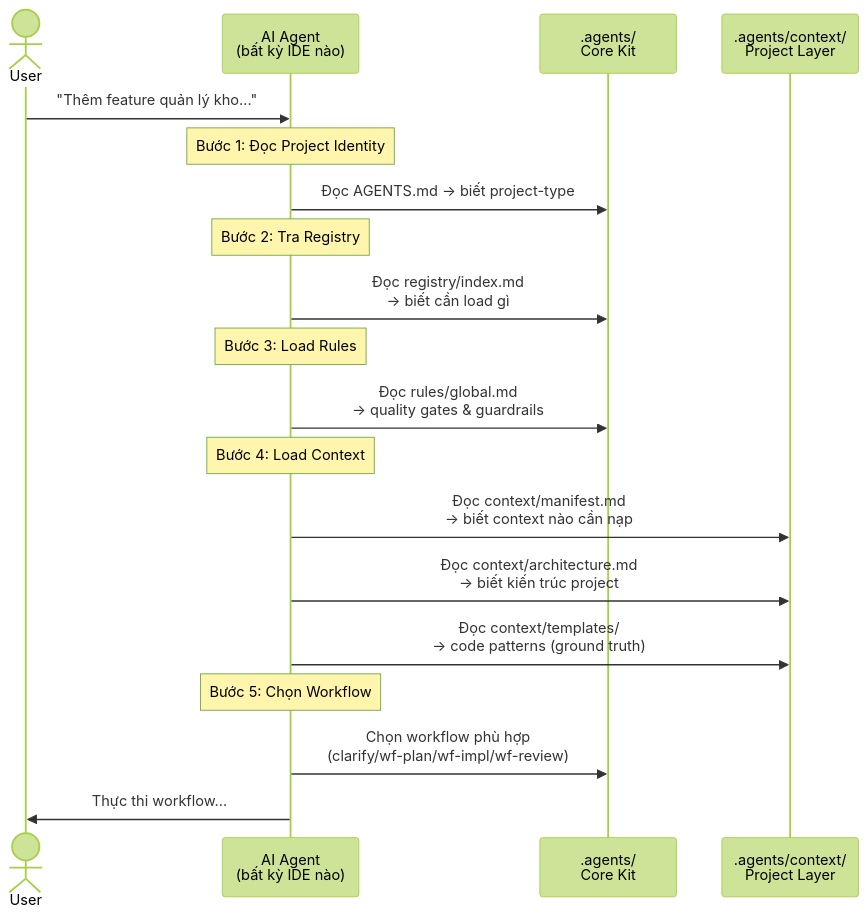
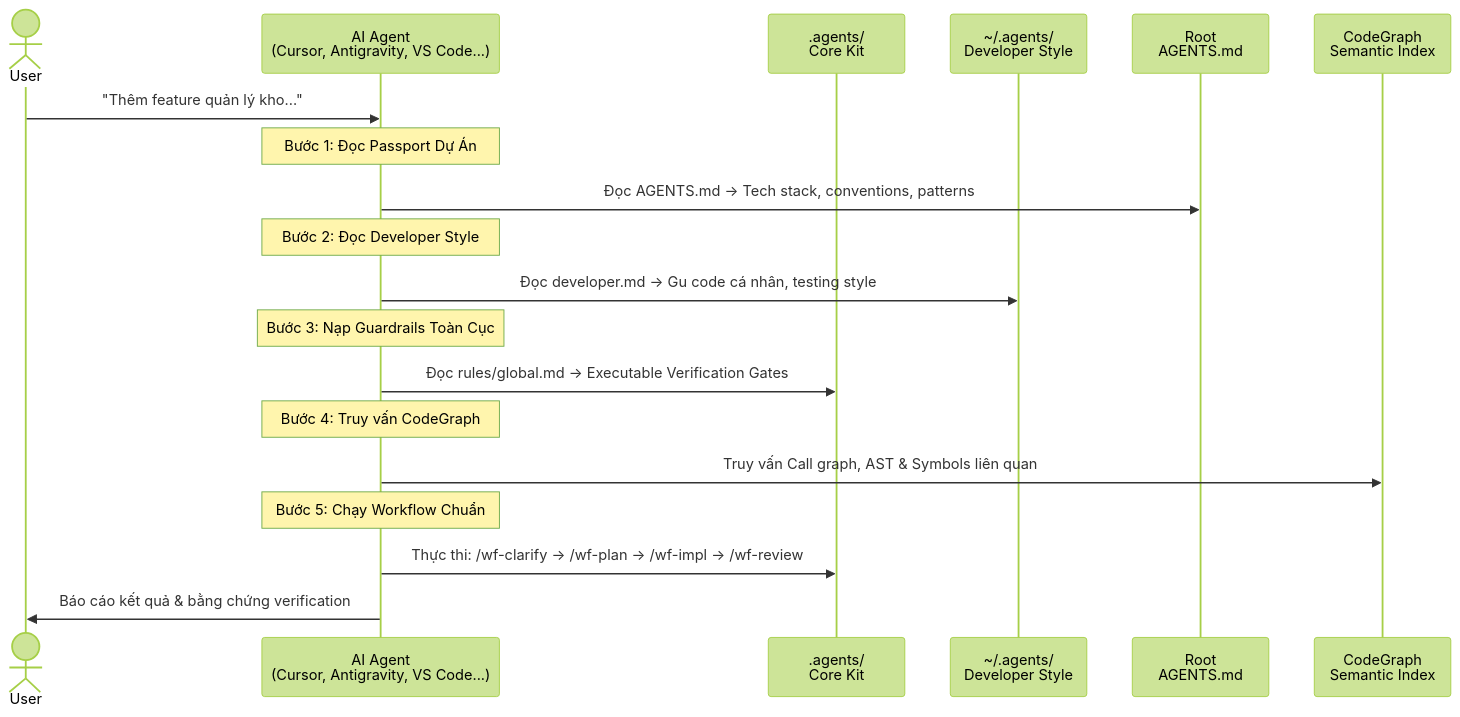
Before and after one commit to Sonleeee/Agent-Dev-Kit: the second of 4 diagrams in HowItWorks.md, drawn with Mermaid (forest theme). The commit also changed other lines of this file and 8 other files, not shown here.

````diff
--- a/HowItWorks.md
+++ b/HowItWorks.md
@@ -42,28 +45,28 @@
 ```mermaid
 sequenceDiagram
     actor User
-    participant Agent as AI Agent<br/>(bất kỳ IDE nào)
+    participant Agent as AI Agent<br/>(Cursor, Antigravity, VS Code...)
     participant Kit as .agents/<br/>Core Kit
-    participant Ctx as .agents/context/<br/>Project Layer
+    participant Dev as ~/.agents/<br/>Developer Style
+    participant Proj as Root<br/>AGENTS.md
+    participant CG as CodeGraph<br/>Semantic Index
 
     User->>Agent: "Thêm feature quản lý kho..."
   
-    Note over Agent: Bước 1: Đọc Project Identity
-    Agent->>Kit: Đọc AGENTS.md → biết project-type
+    Note over Agent: Bước 1: Đọc Passport Dự Án
+    Agent->>Proj: Đọc AGENTS.md → Tech stack, conventions, patterns
   
-    Note over Agent: Bước 2: Tra Registry
-    Agent->>Kit: Đọc registry/index.md<br/>→ biết cần load gì
+    Note over Agent: Bước 2: Đọc Developer Style
+    Agent->>Dev: Đọc developer.md → Gu code cá nhân, testing style
   
-    Note over Agent: Bước 3: Load Rules
-    Agent->>Kit: Đọc rules/global.md<br/>→ quality gates & guardrails
+    Note over Agent: Bước 3: Nạp Guardrails Toàn Cục
+    Agent->>Kit: Đọc rules/global.md → Executable Verification Gates
   
-    Note over Agent: Bước 4: Load Context
-    Agent->>Ctx: Đọc context/manifest.md<br/>→ biết context nào cần nạp
-    Agent->>Ctx: Đọc context/architecture.md<br/>→ biết kiến trúc project
-    Agent->>Ctx: Đọc context/templates/<br/>→ code patterns (ground truth)
+    Note over Agent: Bước 4: Truy vấn CodeGraph
+    Agent->>CG: Truy vấn Call graph, AST & Symbols liên quan
   
-    Note over Agent: Bước 5: Chọn Workflow
-    Agent->>Kit: Chọn workflow phù hợp<br/>(clarify/wf-plan/wf-impl/wf-review)
+    Note over Agent: Bước 5: Chạy Workflow Chuẩn
+    Agent->>Kit: Thực thi: /wf-clarify → /wf-plan → /wf-impl → /wf-review
   
-    Agent->>User: Thực thi workflow...
+    Agent->>User: Báo cáo kết quả & bằng chứng verification
 ```
````
